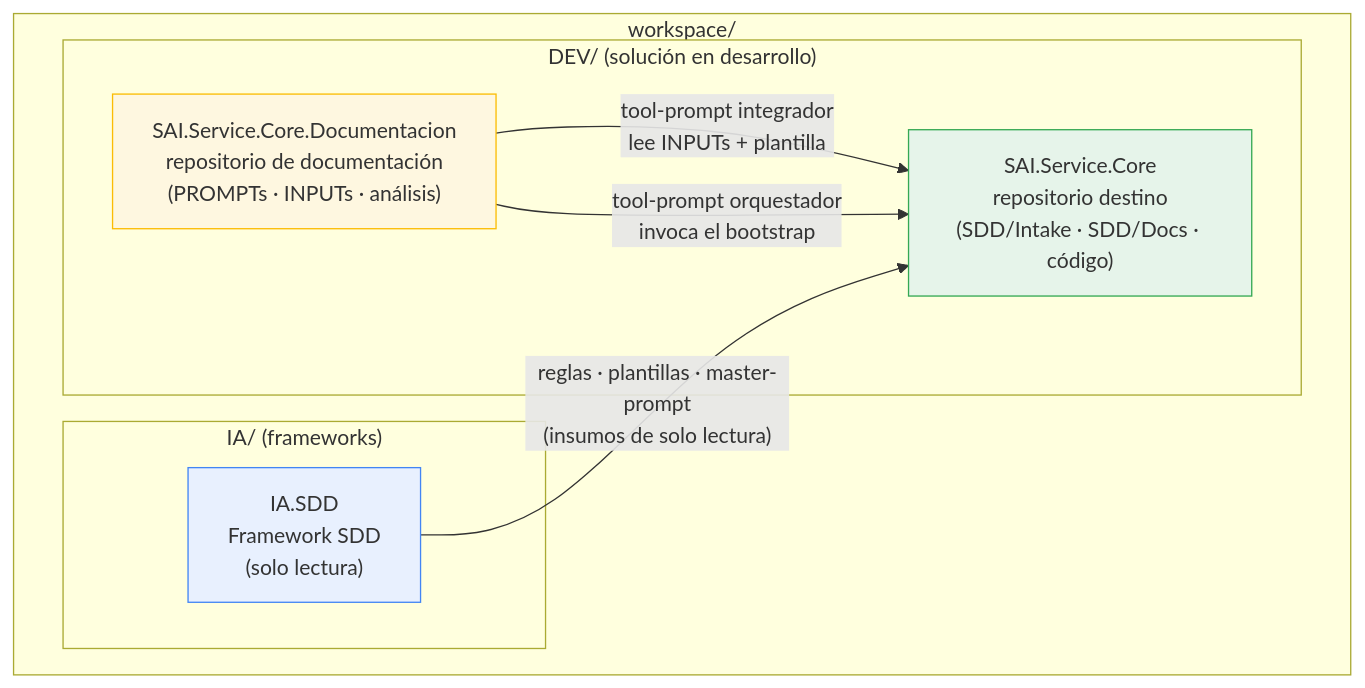
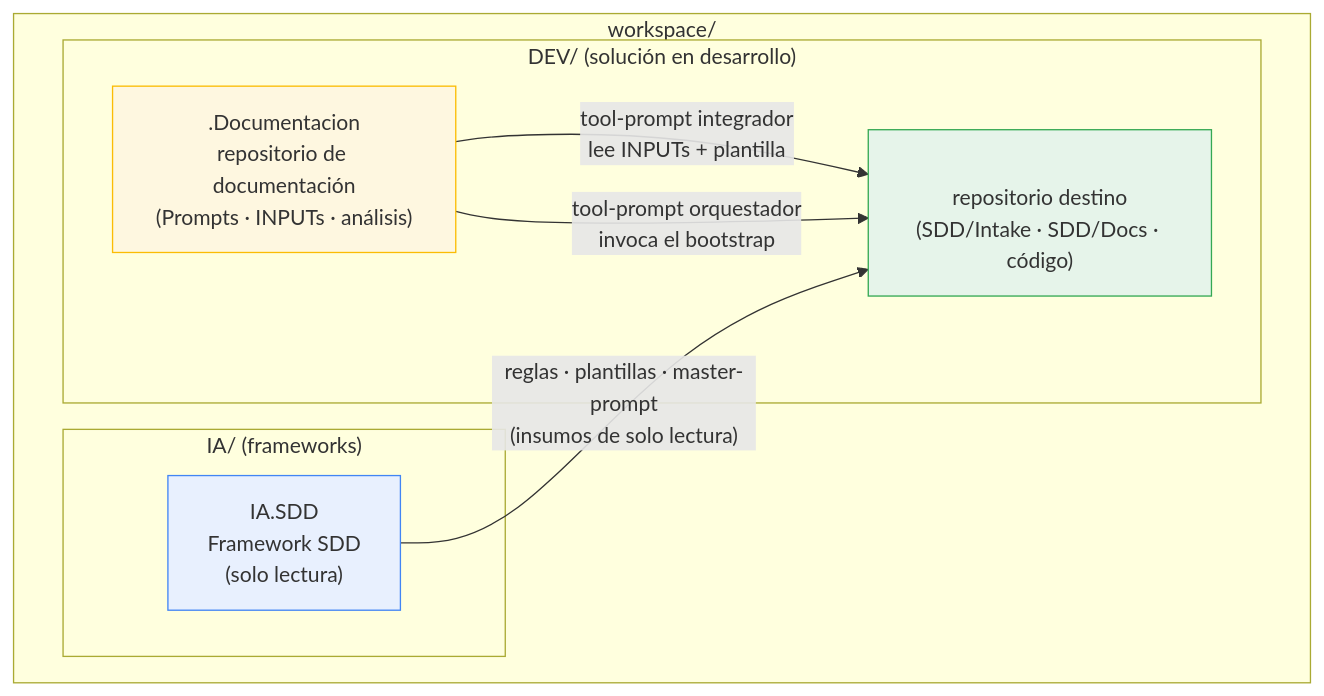
The first of 3 diagrams in SDD/Guides/SDD-Getting-Started-Guide.md (Aplicada-Streaming/IA.SDD), drawn with Mermaid before and after one commit. The commit also changed other lines of this file and 32 other files, not shown here.

First line of the commit message:
feat(sdd): intercambiar categorías 10 y 11 e incorporar documentación viva

````diff
--- a/SDD/Guides/SDD-Getting-Started-Guide.md
+++ b/SDD/Guides/SDD-Getting-Started-Guide.md
@@ -109,20 +107,20 @@
 ```mermaid
 flowchart TD
     subgraph WS["workspace/"]
         subgraph IA["IA/  (frameworks)"]
             SDD["IA.SDD<br/>Framework SDD<br/>(solo lectura)"]
         end
         subgraph DEV["DEV/  (solución en desarrollo)"]
-            DEST["SAI.Service.Core<br/>repositorio destino<br/>(SDD/Intake · SDD/Docs · código)"]
-            DOC["SAI.Service.Core.Documentacion<br/>repositorio de documentación<br/>(PROMPTs · INPUTs · análisis)"]
+            DEST["<Nombre-Solucion><br/>repositorio destino<br/>(SDD/Intake · SDD/Docs · código)"]
+            DOC["<Nombre-Solucion>.Documentacion<br/>repositorio de documentación<br/>(Prompts · INPUTs · análisis)"]
         end
     end
 
     DOC -- "tool-prompt integrador<br/>lee INPUTs + plantilla" --> DEST
     DOC -- "tool-prompt orquestador<br/>invoca el bootstrap" --> DEST
     SDD -- "reglas · plantillas · master-prompt<br/>(insumos de solo lectura)" --> DEST
 
     style SDD fill:#e8f0fe,stroke:#4285f4
     style DEST fill:#e6f4ea,stroke:#34a853
     style DOC fill:#fef7e0,stroke:#fbbc04
 ```
````
